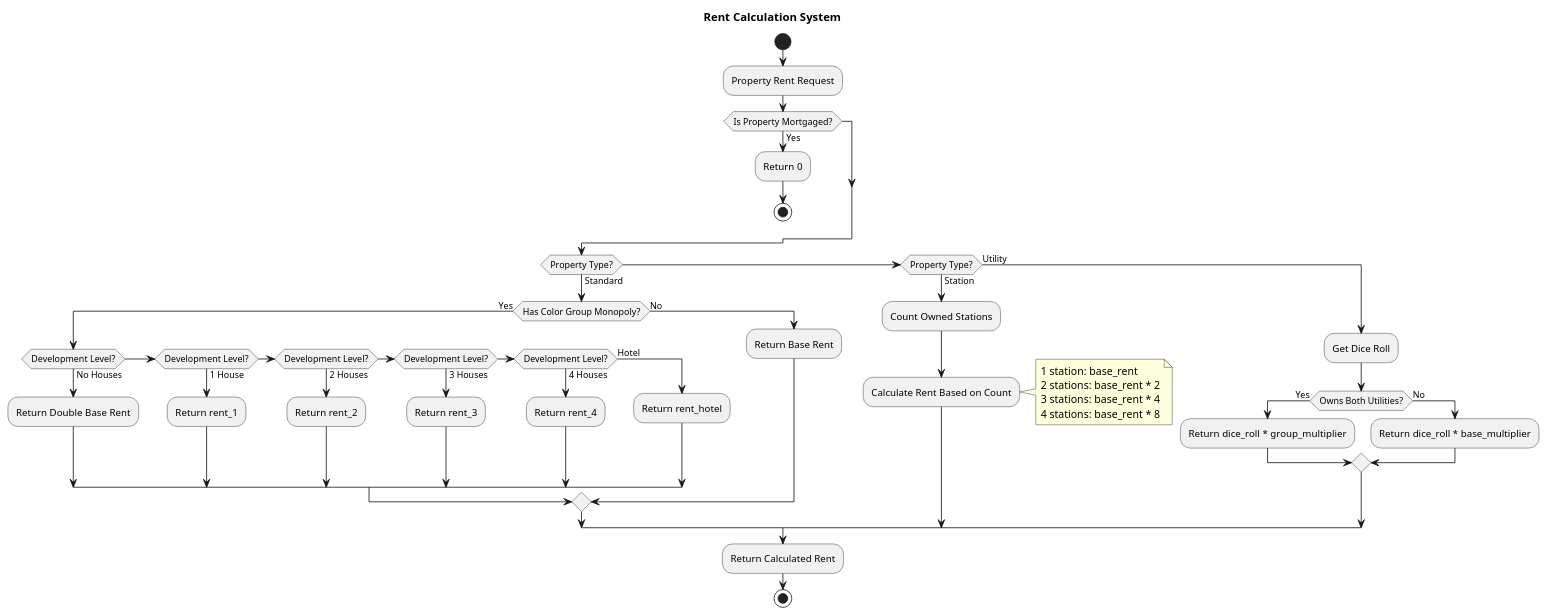
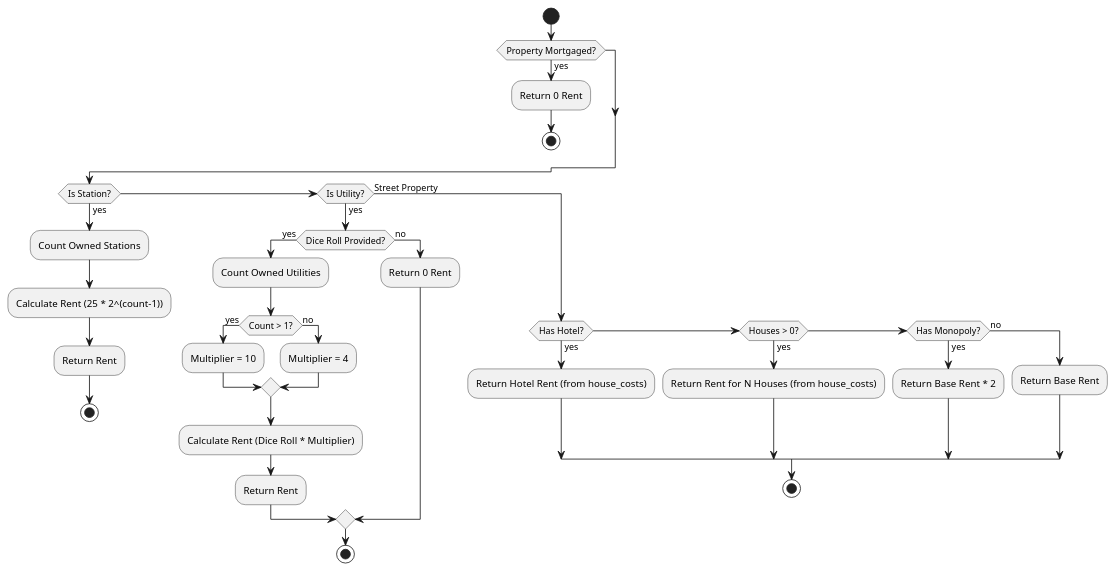
Before and after one commit to dundd2/Y2-Software-Engineering-Project: the second of 2 diagrams in Design Documents/modules/property.rst, drawn with PlantUML. The commit also changed other lines of this file and 324 other files, not shown here.

```diff
--- a/Design Documents/modules/property.rst
+++ b/Design Documents/modules/property.rst
@@ -129,56 +56,42 @@
-.. plantuml::
+.. uml::
+   :caption: Flowchart for calculating rent for a property
 
    @startuml
-   
-   title Rent Calculation System
-   
    start
-   
-   :Property Rent Request;
-   
-   if (Is Property Mortgaged?) then (Yes)
-     :Return 0;
+   if (Property Mortgaged?) then (yes)
+     :Return 0 Rent;
      stop
    endif
-   
-   if (Property Type?) then (Standard)
-     if (Has Color Group Monopoly?) then (Yes)
-       if (Development Level?) then (No Houses)
-         :Return Double Base Rent;
-       else if (Development Level?) then (1 House)
-         :Return rent_1;
-       else if (Development Level?) then (2 Houses)
-         :Return rent_2;
-       else if (Development Level?) then (3 Houses)
-         :Return rent_3;
-       else if (Development Level?) then (4 Houses)
-         :Return rent_4;
-       else (Hotel)
-         :Return rent_hotel;
+
+   if (Is Station?) then (yes)
+     :Count Owned Stations;
+     :Calculate Rent (25 * 2^(count-1));
+     :Return Rent;
+     stop
+   elseif (Is Utility?) then (yes)
+     if (Dice Roll Provided?) then (yes)
+       :Count Owned Utilities;
+       if (Count > 1?) then (yes)
+         :Multiplier = 10;
+       else (no)
+         :Multiplier = 4;
        endif
-     else (No)
+       :Calculate Rent (Dice Roll * Multiplier);
+       :Return Rent;
+     else (no)
+       :Return 0 Rent;
+     endif
+     stop
+   else (Street Property)
+     if (Has Hotel?) then (yes)
+       :Return Hotel Rent (from house_costs);
+     elseif (Houses > 0?) then (yes)
+       :Return Rent for N Houses (from house_costs);
+     elseif (Has Monopoly?) then (yes)
+       :Return Base Rent * 2;
+     else (no)
        :Return Base Rent;
      endif
-   else if (Property Type?) then (Station)
-     :Count Owned Stations;
-     :Calculate Rent Based on Count;
-     note right
-       1 station: base_rent
-       2 stations: base_rent * 2
-       3 stations: base_rent * 4
-       4 stations: base_rent * 8
-     end note
-   else (Utility)
-     :Get Dice Roll;
-     if (Owns Both Utilities?) then (Yes)
-       :Return dice_roll * group_multiplier;
-     else (No)
-       :Return dice_roll * base_multiplier;
-     endif
+     stop
    endif
-   
-   :Return Calculated Rent;
-   
-   stop
-   
    @enduml
```
